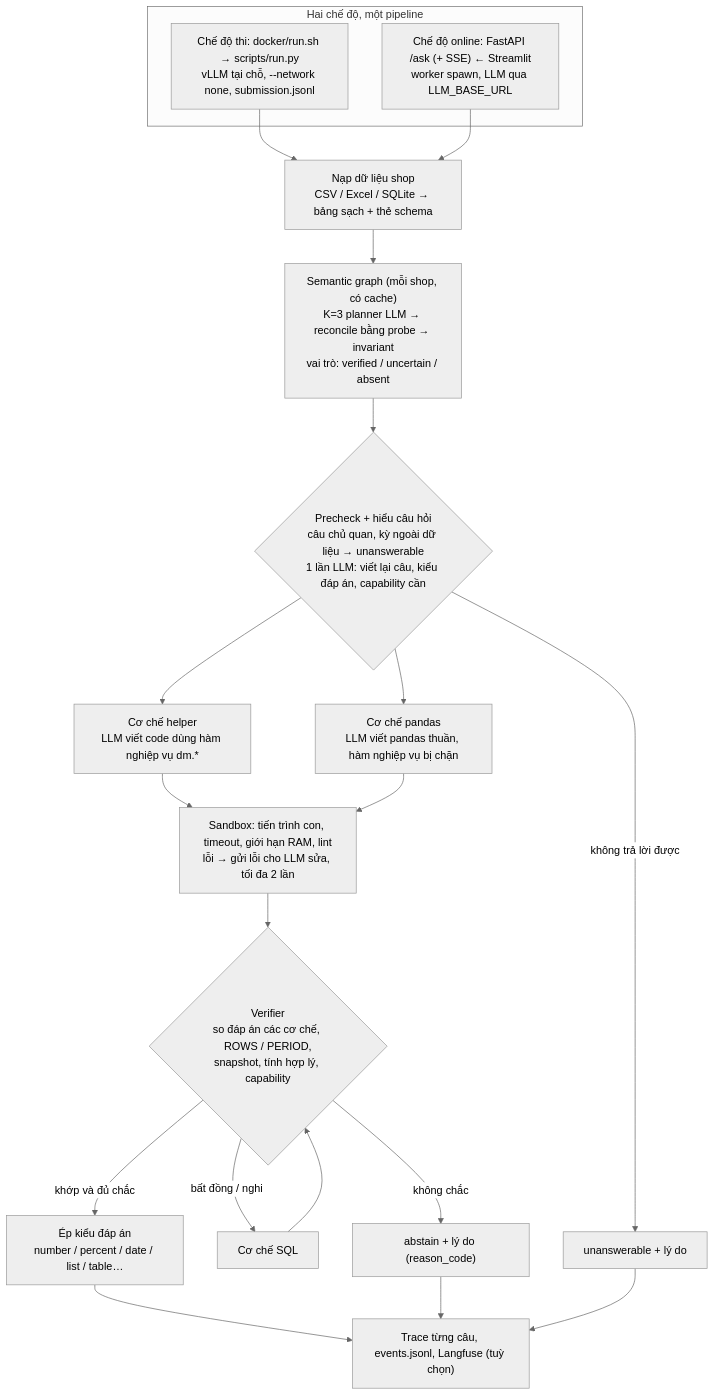
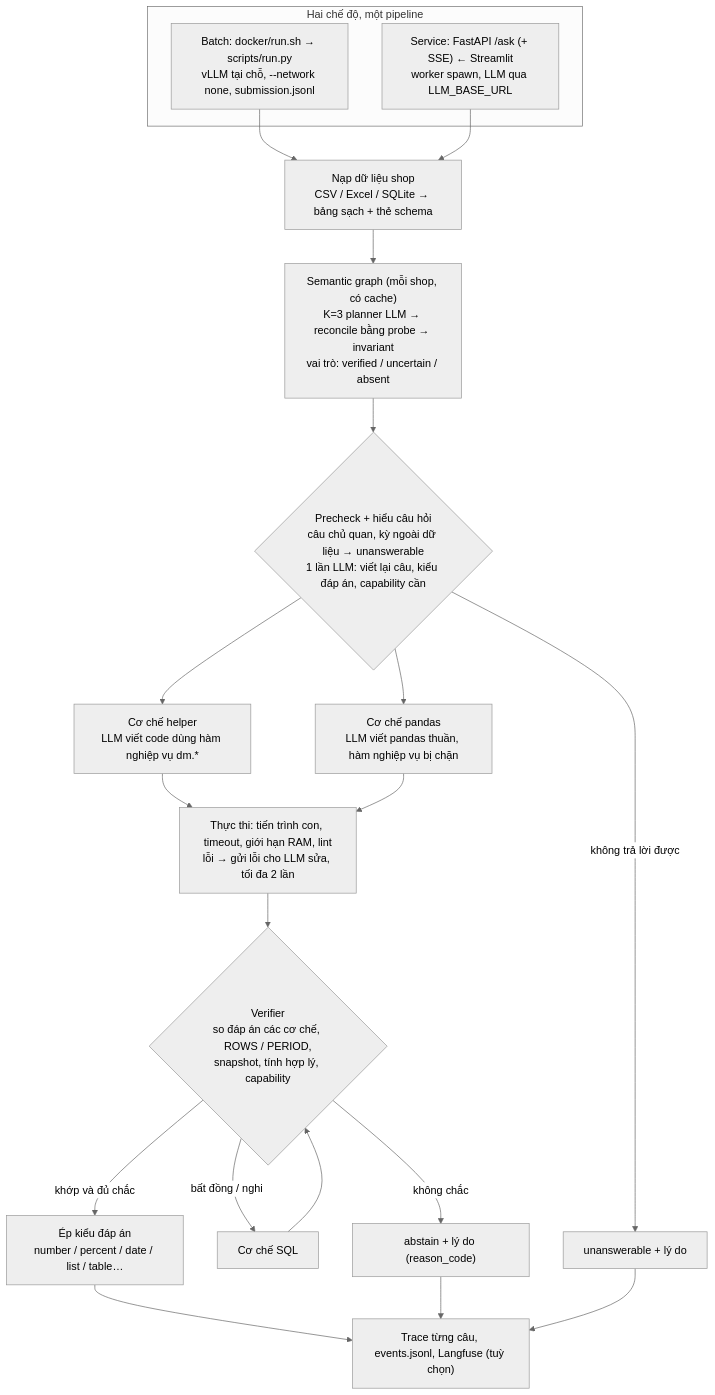
Before and after one commit to nvtoan0201-swe/datamate-agent: the diagram in README.md, drawn with Mermaid (neutral theme). The commit also changed other lines of this file, not shown here.

Commit message:
README dạng sản phẩm: bắt đầu nhanh, API và streaming, cấu hình, triển khai và bảo mật, đánh giá, giới hạn đã biết

````diff
--- a/README.md
+++ b/README.md
@@ -30,25 +142,25 @@
 ```mermaid
 flowchart TD
     subgraph ENTRY["Hai chế độ, một pipeline"]
-        B["Chế độ thi: docker/run.sh → scripts/run.py<br/>vLLM tại chỗ, --network none, submission.jsonl"]
-        S["Chế độ online: FastAPI /ask (+ SSE) ← Streamlit<br/>worker spawn, LLM qua LLM_BASE_URL"]
+        B["Batch: docker/run.sh → scripts/run.py<br/>vLLM tại chỗ, --network none, submission.jsonl"]
+        S["Service: FastAPI /ask (+ SSE) ← Streamlit<br/>worker spawn, LLM qua LLM_BASE_URL"]
     end
     B --> L
     S --> L
     L["Nạp dữ liệu shop<br/>CSV / Excel / SQLite → bảng sạch + thẻ schema"] --> G
     G["Semantic graph (mỗi shop, có cache)<br/>K=3 planner LLM → reconcile bằng probe → invariant<br/>vai trò: verified / uncertain / absent"] --> P
     P{"Precheck + hiểu câu hỏi<br/>câu chủ quan, kỳ ngoài dữ liệu → unanswerable<br/>1 lần LLM: viết lại câu, kiểu đáp án, capability cần"}
     P -->|"không trả lời được"| UN["unanswerable + lý do"]
     P --> M1["Cơ chế helper<br/>LLM viết code dùng hàm nghiệp vụ dm.*"]
     P --> M2["Cơ chế pandas<br/>LLM viết pandas thuần, hàm nghiệp vụ bị chặn"]
-    M1 --> X["Sandbox: tiến trình con, timeout, giới hạn RAM, lint<br/>lỗi → gửi lỗi cho LLM sửa, tối đa 2 lần"]
+    M1 --> X["Thực thi: tiến trình con, timeout, giới hạn RAM, lint<br/>lỗi → gửi lỗi cho LLM sửa, tối đa 2 lần"]
     M2 --> X
     X --> V{"Verifier<br/>so đáp án các cơ chế, ROWS / PERIOD,<br/>snapshot, tính hợp lý, capability"}
     V -->|"bất đồng / nghi"| M3["Cơ chế SQL"] --> V
     V -->|"khớp và đủ chắc"| A["Ép kiểu đáp án<br/>number / percent / date / list / table…"]
     V -->|"không chắc"| AB["abstain + lý do (reason_code)"]
     A --> O
     AB --> O
     UN --> O
     O["Trace từng câu, events.jsonl, Langfuse (tuỳ chọn)"]
 ```
````
